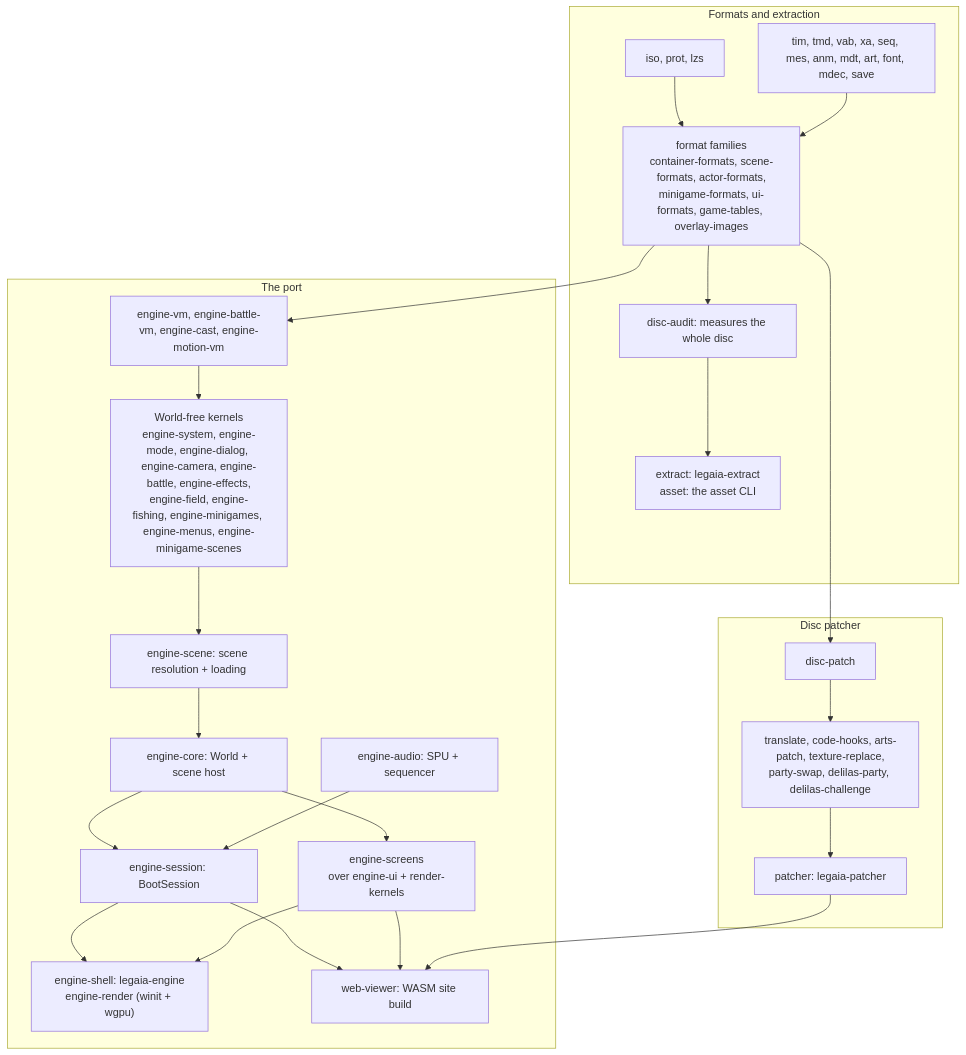
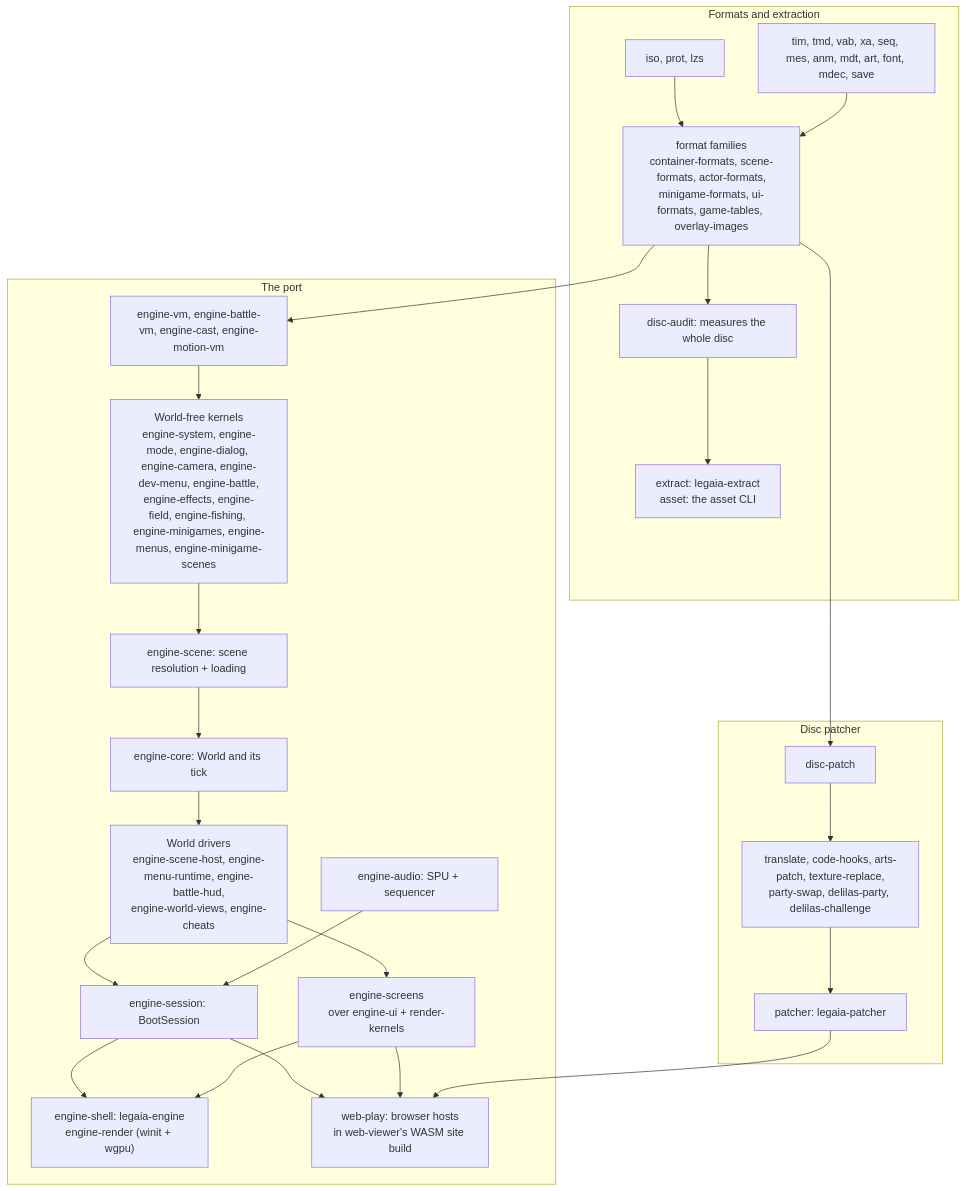
One commit to AndrewAltimit/legend-of-legaia-re changed the second of 2 diagrams in docs/overview.md. Above: the diagram before and after it, drawn with Mermaid. The commit also changed other lines of this file and 803 other files, not shown here.

First line of the commit message:
Gap waves 12-13: battle and summon parity, crate splits, host drift, SFX fixes, docs audit (#535)

````diff
--- a/docs/overview.md
+++ b/docs/overview.md
@@ -80,42 +80,44 @@
 ```mermaid
 flowchart TD
     subgraph formats["Formats and extraction"]
         container["iso, prot, lzs"]
         hub["format families<br/>container-formats, scene-formats, actor-formats,<br/>minigame-formats, ui-formats, game-tables, overlay-images"]
         perfmt["tim, tmd, vab, xa, seq, mes, anm, mdt, art, font, mdec, save"]
         audit["disc-audit: measures the whole disc"]
         extract["extract: legaia-extract<br/>asset: the asset CLI"]
         container --> hub --> audit --> extract
         perfmt --> hub
     end
     subgraph port["The port"]
         vm["engine-vm, engine-battle-vm, engine-cast, engine-motion-vm"]
-        kernels["World-free kernels<br/>engine-system, engine-mode, engine-dialog, engine-camera, engine-battle, engine-effects,<br/>engine-field, engine-fishing, engine-minigames, engine-menus, engine-minigame-scenes"]
+        kernels["World-free kernels<br/>engine-system, engine-mode, engine-dialog, engine-camera, engine-dev-menu, engine-battle,<br/>engine-effects, engine-field, engine-fishing, engine-minigames, engine-menus, engine-minigame-scenes"]
         scene["engine-scene: scene resolution + loading"]
-        core["engine-core: World + scene host"]
+        core["engine-core: World and its tick"]
+        drivers["World drivers<br/>engine-scene-host, engine-menu-runtime, engine-battle-hud,<br/>engine-world-views, engine-cheats"]
         audio["engine-audio: SPU + sequencer"]
         session["engine-session: BootSession"]
         present["engine-screens<br/>over engine-ui + render-kernels"]
         native["engine-shell: legaia-engine<br/>engine-render (winit + wgpu)"]
-        web["web-viewer: WASM site build"]
+        web["web-play: browser hosts<br/>in web-viewer's WASM site build"]
         vm --> kernels
         kernels --> scene
         scene --> core
-        core --> session
+        core --> drivers
+        drivers --> session
         audio --> session
-        core --> present
+        drivers --> present
         session --> native
         session --> web
         present --> native
         present --> web
     end
     subgraph mod["Disc patcher"]
         dp["disc-patch"]
         layers["translate, code-hooks, arts-patch, texture-replace,<br/>party-swap, delilas-party, delilas-challenge"]
         patcher["patcher: legaia-patcher"]
         dp --> layers --> patcher
     end
     hub --> vm
     hub --> dp
     patcher --> web
 ```
````
